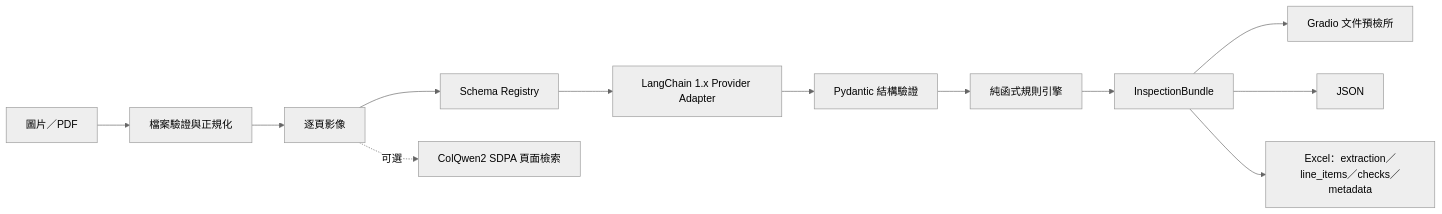
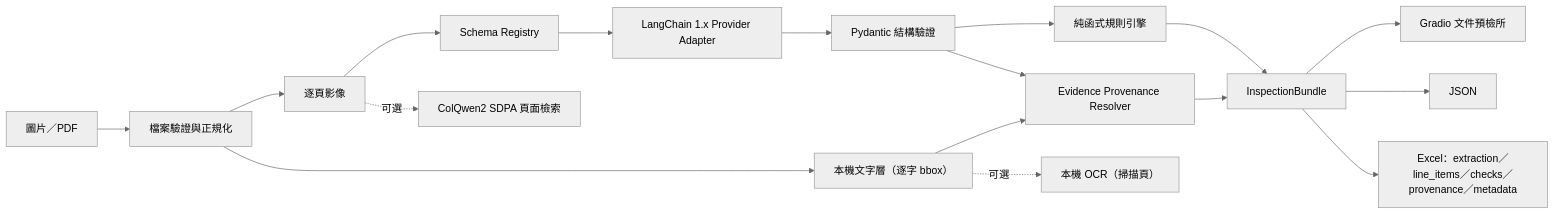
Before and after one commit to kuotunyu/doc-inspector: the diagram in README.md, drawn with Mermaid (neutral theme). The commit also changed other lines of this file and 10 other files, not shown here.

````diff
--- a/README.md
+++ b/README.md
@@ -56,14 +59,19 @@
 ```mermaid
 flowchart LR
     A["圖片／PDF"] --> B["檔案驗證與正規化"]
     B --> C["逐頁影像"]
     C --> D["Schema Registry"]
     D --> E["LangChain 1.x Provider Adapter"]
     E --> F["Pydantic 結構驗證"]
     F --> G["純函式規則引擎"]
+    B --> M["本機文字層（逐字 bbox）"]
+    F --> N["Evidence Provenance Resolver"]
+    M --> N
+    N --> H
     G --> H["InspectionBundle"]
     H --> I["Gradio 文件預檢所"]
     H --> J["JSON"]
-    H --> K["Excel：extraction／line_items／checks／metadata"]
+    H --> K["Excel：extraction／line_items／checks／provenance／metadata"]
     C -. "可選" .-> L["ColQwen2 SDPA 頁面檢索"]
+    M -. "可選" .-> O["本機 OCR（掃描頁）"]
 ```
````
